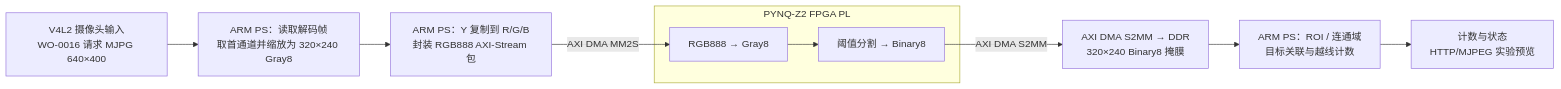
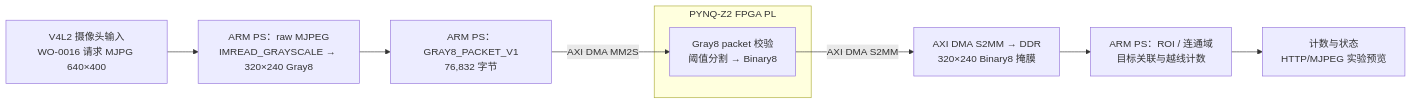
The first of 2 diagrams in README.md (POPO-so/material-counter), drawn with Mermaid before and after one commit. The commit also changed other lines of this file and 1039 other files, not shown here.

````diff
--- a/README.md
+++ b/README.md
@@ -27,19 +29,17 @@
 ```mermaid
 flowchart LR
     CAM["V4L2 摄像头输入<br/>WO-0016 请求 MJPG 640×400"]
-    PSIN["ARM PS：读取解码帧<br/>取首通道并缩放为 320×240 Gray8"]
-    PACK["ARM PS：Y 复制到 R/G/B<br/>封装 RGB888 AXI-Stream 包"]
+    PSIN["ARM PS：raw MJPEG<br/>IMREAD_GRAYSCALE → 320×240 Gray8"]
+    PACK["ARM PS：GRAY8_PACKET_V1<br/>76,832 字节"]
     subgraph PL["PYNQ-Z2 FPGA PL"]
-        GRAY["RGB888 → Gray8"]
-        THRESH["阈值分割 → Binary8"]
-        GRAY --> THRESH
+        THRESH["Gray8 packet 校验<br/>阈值分割 → Binary8"]
     end
     DDR["AXI DMA S2MM → DDR<br/>320×240 Binary8 掩膜"]
     COUNT["ARM PS：ROI / 连通域<br/>目标关联与越线计数"]
     VIEW["计数与状态<br/>HTTP/MJPEG 实验预览"]
 
     CAM --> PSIN --> PACK
-    PACK -->|"AXI DMA MM2S"| GRAY
+    PACK -->|"AXI DMA MM2S"| THRESH
     THRESH -->|"AXI DMA S2MM"| DDR
     DDR --> COUNT --> VIEW
 ```
````
